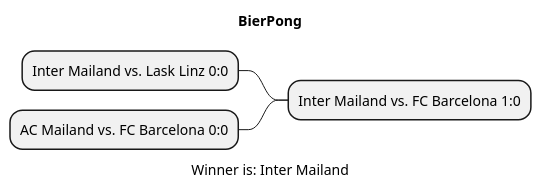
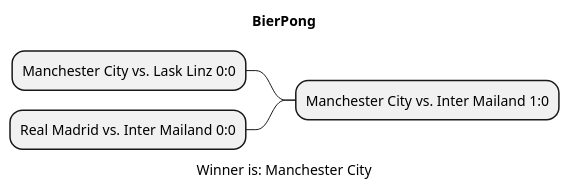
The diagram in asciidocs/plantuml/Result.puml (htl-leonding-project/2022-4ahif-autohaus), drawn with PlantUML before and after one commit. The commit also changed 4 other files, not shown here.

```diff
--- a/asciidocs/plantuml/Result.puml
+++ b/asciidocs/plantuml/Result.puml
@@ -1,10 +1,10 @@
 @startmindmap BierPong.png
 title BierPong
 
-- Inter Mailand vs. FC Barcelona 1:0
+- Manchester City vs. Inter Mailand 1:0
 
--- Inter Mailand vs. Lask Linz 0:0
+-- Manchester City vs. Lask Linz 0:0
 
--- AC Mailand vs. FC Barcelona 0:0
-caption Winner is: Inter Mailand
+-- Real Madrid vs. Inter Mailand 0:0
+caption Winner is: Manchester City
 @endmindmap
```
